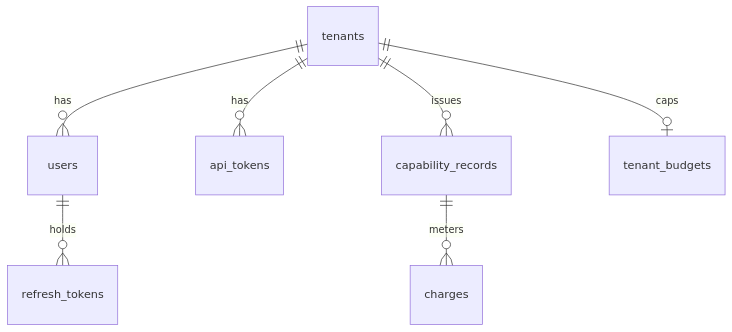
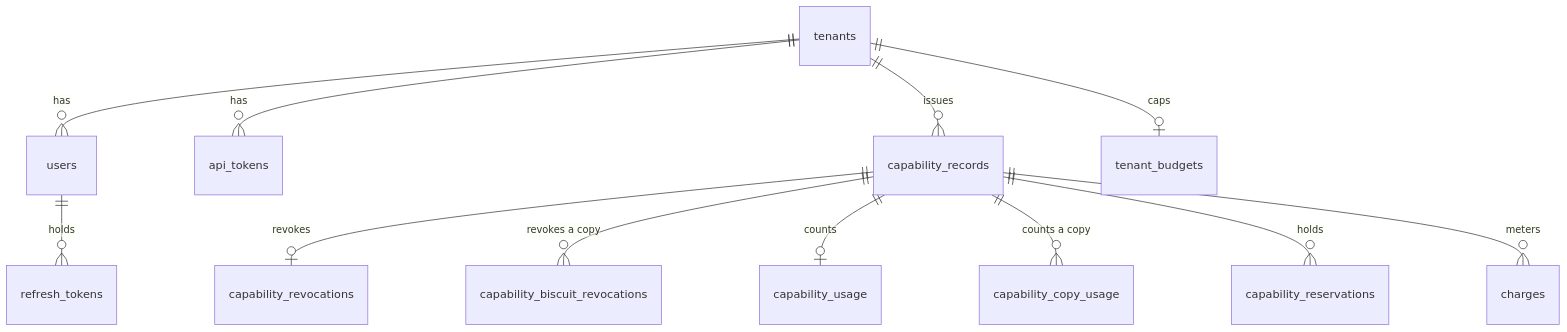
Before and after one commit to oleg-tkachuk/paladin: the tenth of 13 diagrams in backend/docs/diagrams.md, drawn with Mermaid. The commit also changed other lines of this file and 5 other files, not shown here.

First line of the commit message:
docs: record biscuit copies in an ADR and the architecture diagrams

````diff
--- a/backend/docs/diagrams.md
+++ b/backend/docs/diagrams.md
@@ -380,9 +380,14 @@
 ```mermaid
 erDiagram
     tenants ||--o{ users : has
     users ||--o{ refresh_tokens : holds
     tenants ||--o{ api_tokens : has
     tenants ||--o{ capability_records : issues
+    capability_records ||--o| capability_revocations : revokes
+    capability_records ||--o{ capability_biscuit_revocations : "revokes a copy"
+    capability_records ||--o| capability_usage : counts
+    capability_records ||--o{ capability_copy_usage : "counts a copy"
+    capability_records ||--o{ capability_reservations : holds
     capability_records ||--o{ charges : meters
     tenants ||--o| tenant_budgets : caps
 ```
````
